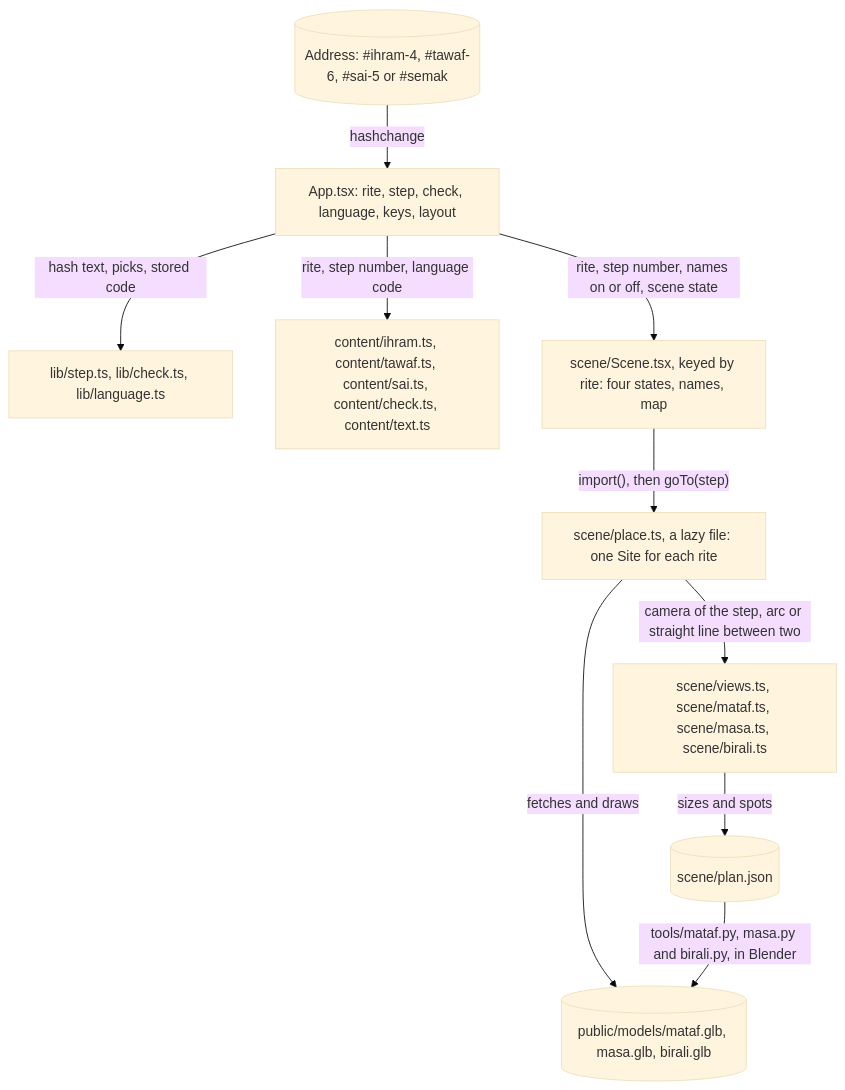
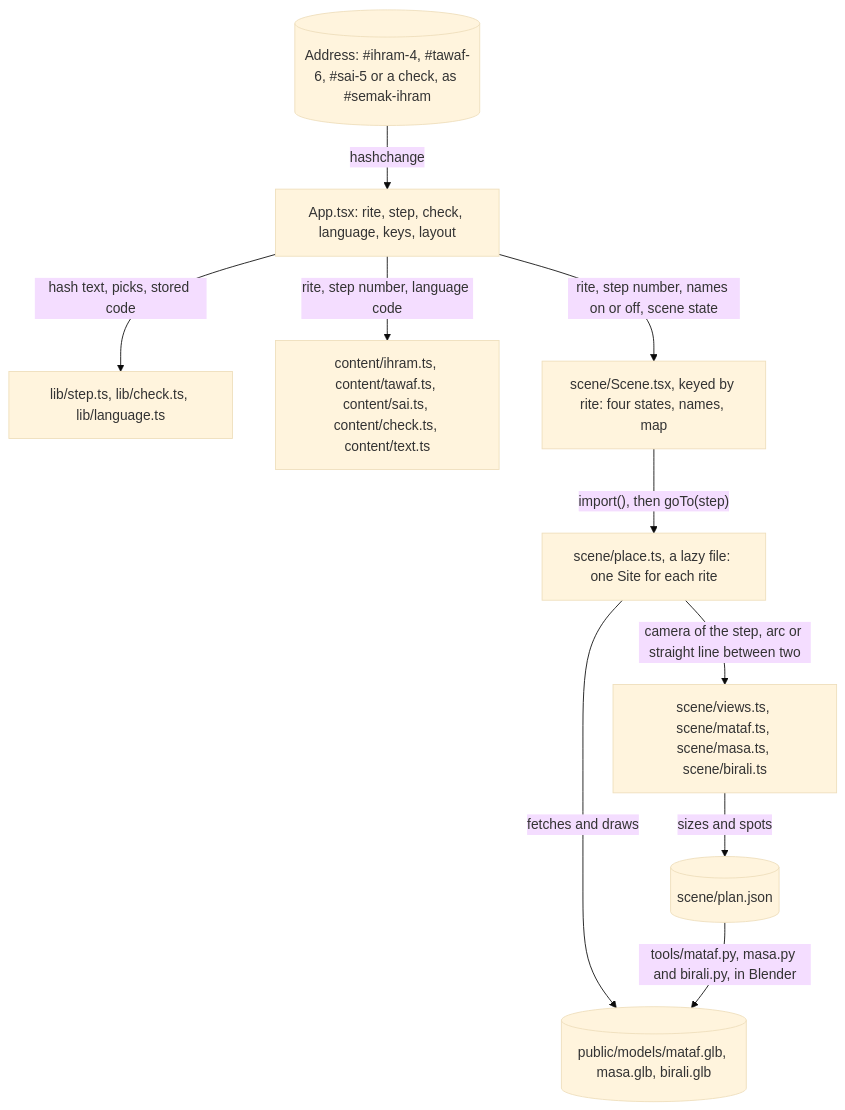
One commit to dzaffren/isfar changed the second of 2 diagrams in docs/ARCHITECTURE.md. Above: the diagram before and after it, drawn with Mermaid (base theme). The commit also changed other lines of this file and 15 other files, not shown here.

First line of the commit message:
feat(check): add the seven-question check after the ihram walk (#9)

````diff
--- a/docs/ARCHITECTURE.md
+++ b/docs/ARCHITECTURE.md
@@ -16,21 +16,21 @@
 ```mermaid
 flowchart TB
-    HASH[("Address: #ihram-4, #tawaf-6, #sai-5 or #semak")]
+    HASH[("Address: #ihram-4, #tawaf-6, #sai-5 or a check, as #semak-ihram")]
     APP["App.tsx: rite, step, check, language, keys, layout"]
     LIB["lib/step.ts, lib/check.ts, lib/language.ts"]
     TEXT["content/ihram.ts, content/tawaf.ts, content/sai.ts, content/check.ts, content/text.ts"]
     SCENE["scene/Scene.tsx, keyed by rite: four states, names, map"]
     PLACE["scene/place.ts, a lazy file: one Site for each rite"]
     VIEWS["scene/views.ts, scene/mataf.ts, scene/masa.ts, scene/birali.ts"]
     PLAN[("scene/plan.json")]
     GLB[("public/models/mataf.glb, masa.glb, birali.glb")]
     HASH -- "hashchange" --> APP
     APP -- "hash text, picks, stored code" --> LIB
     APP -- "rite, step number, language code" --> TEXT
     APP -- "rite, step number, names on or off, scene state" --> SCENE
     SCENE -- "import(), then goTo(step)" --> PLACE
     PLACE -- "camera of the step, arc or straight line between two" --> VIEWS
     VIEWS -- "sizes and spots" --> PLAN
     PLACE -- "fetches and draws" --> GLB
     PLAN -- "tools/mataf.py, masa.py and birali.py, in Blender" --> GLB
 ```
````
